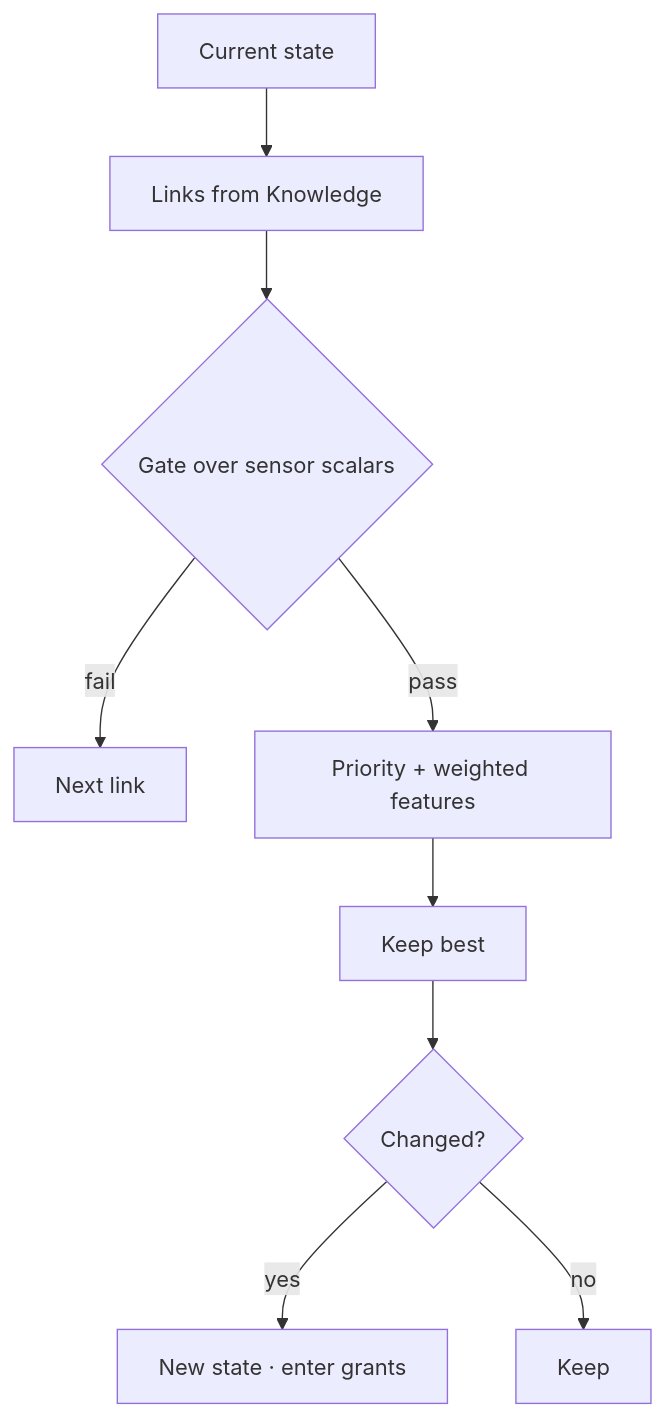
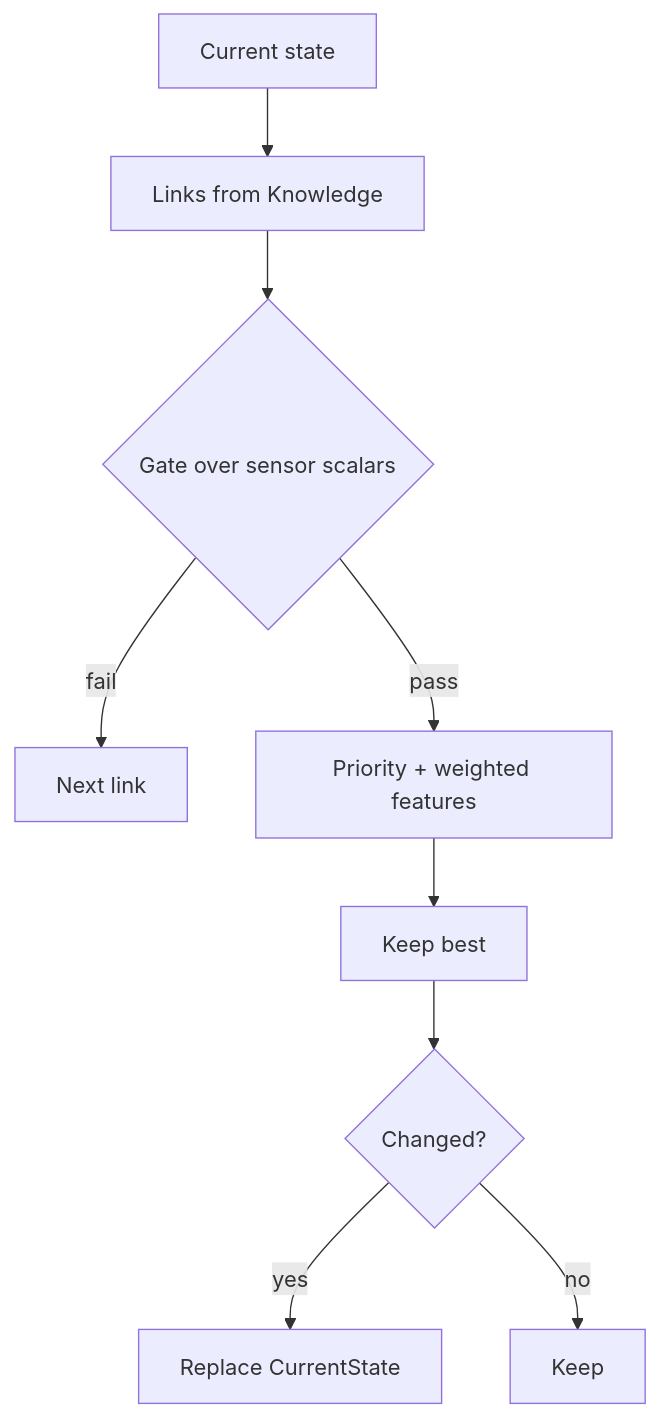
The fifth of 7 diagrams in src/content/articles/another-way-to-think-about-game-architecture.md (fm39hz/fm39hz-blogs), drawn with Mermaid before and after one commit. The commit also changed other lines of this file and 1 other file, not shown here.

````diff
--- a/src/content/articles/another-way-to-think-about-game-architecture.md
+++ b/src/content/articles/another-way-to-think-about-game-architecture.md
@@ -496,11 +394,11 @@
 ```mermaid
 flowchart TB
     Cur[Current state] --> Edges[Links from Knowledge]
     Edges --> Gate{Gate over sensor scalars}
     Gate -->|fail| Next[Next link]
     Gate -->|pass| Score[Priority + weighted features]
     Score --> Best[Keep best]
     Best --> Diff{Changed?}
-    Diff -->|yes| Apply[New state · enter grants]
+    Diff -->|yes| Apply[Replace CurrentState]
     Diff -->|no| Stay[Keep]
 ```
````
